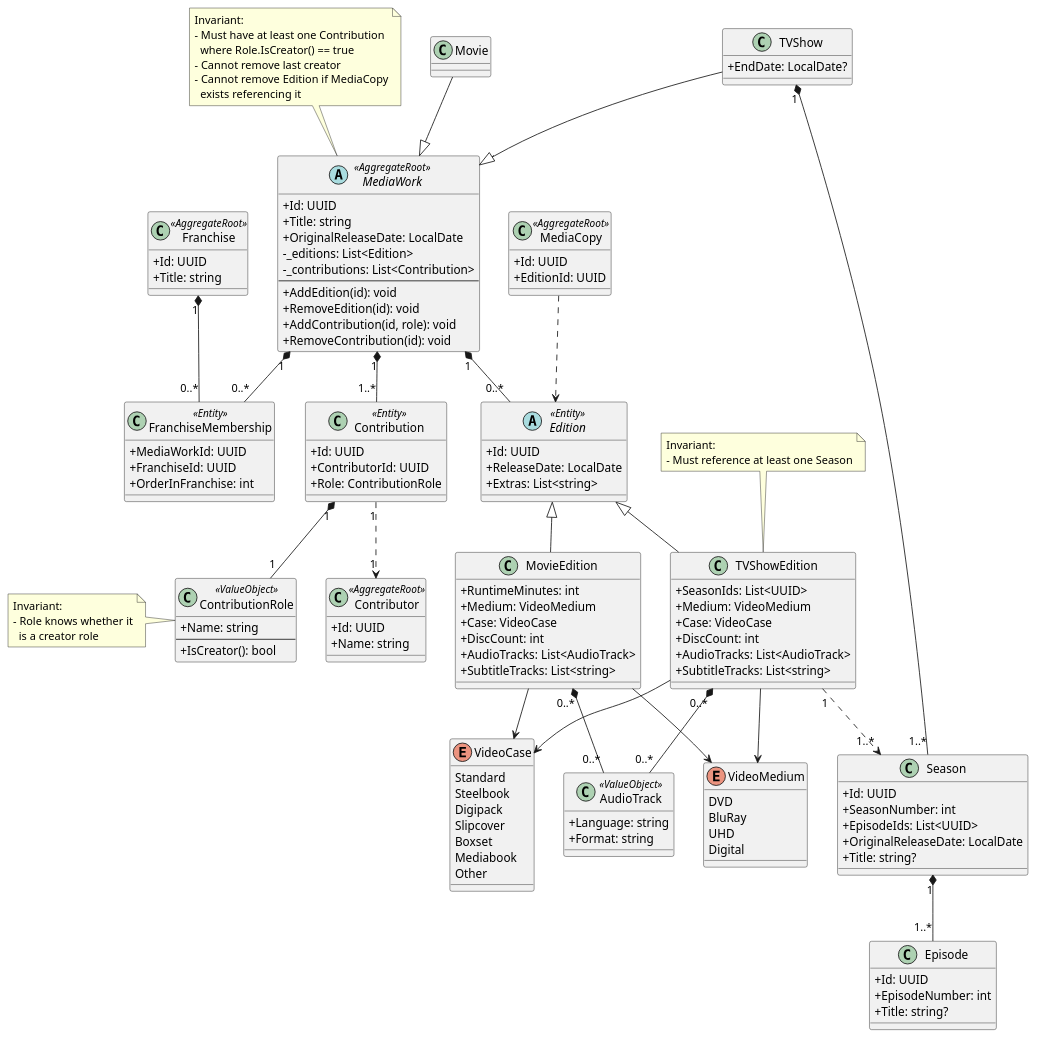
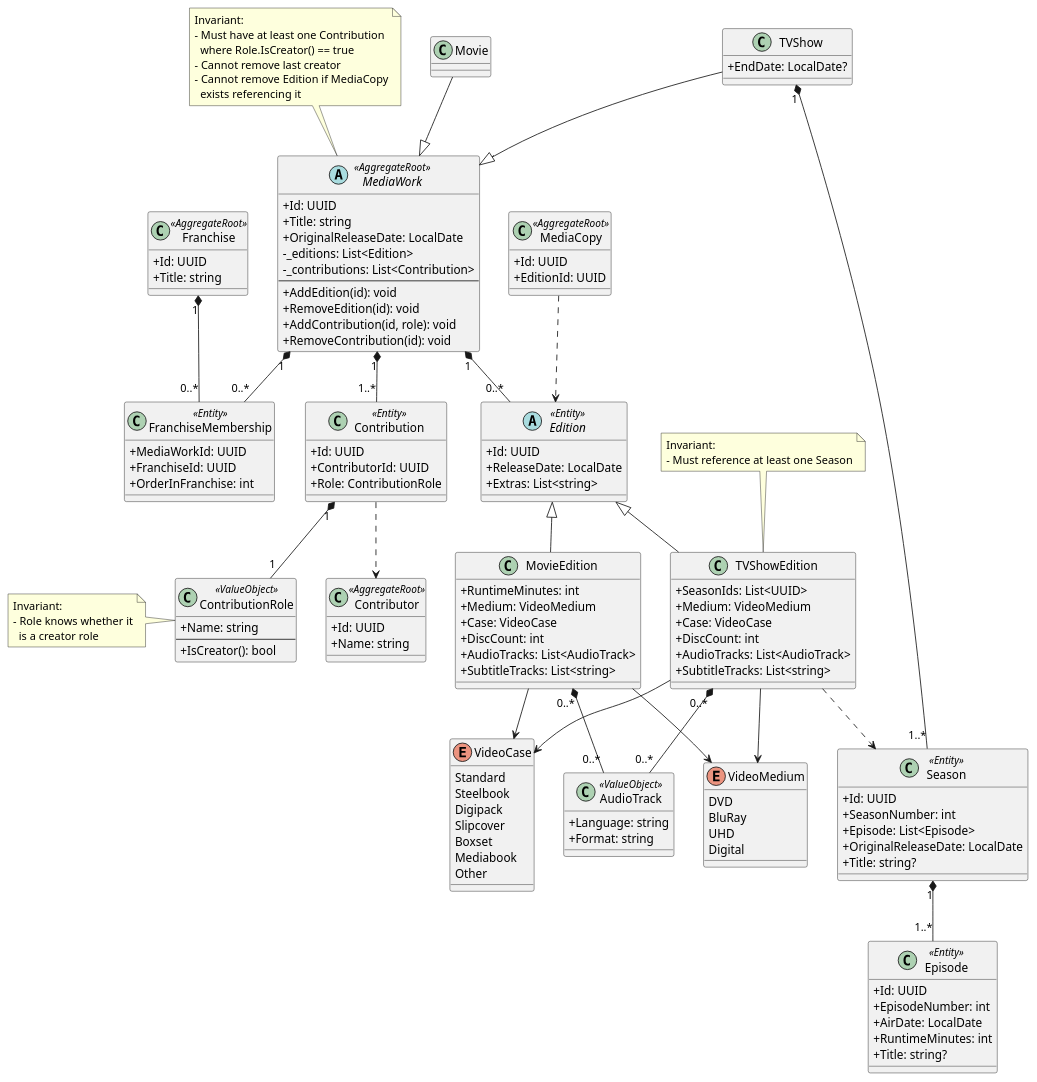
One commit to yantue/colleq changed the diagram in docs/uml/domain-work.puml. Above: the diagram before and after it, drawn with PlantUML.

Commit message:
docs: Update stereotypes and fix season/episode relations

```diff
--- a/docs/uml/domain-work.puml
+++ b/docs/uml/domain-work.puml
@@ -1,166 +1,167 @@
 @startuml
 skinparam classAttributeIconSize 0
 
 class Franchise <<AggregateRoot>> {
     +Id: UUID
     +Title: string
 }
 
 class FranchiseMembership <<Entity>> {
     +MediaWorkId: UUID
     +FranchiseId: UUID
     +OrderInFranchise: int
 }
 
 abstract class MediaWork <<AggregateRoot>> {
     +Id: UUID
     +Title: string
     +OriginalReleaseDate: LocalDate
     -_editions: List<Edition>
     -_contributions: List<Contribution>
     --
     +AddEdition(id): void
     +RemoveEdition(id): void
     +AddContribution(id, role): void
     +RemoveContribution(id): void
 }
 
 class Movie
 class TVShow {
     +EndDate: LocalDate?
 }
 
 abstract class Edition <<Entity>> {
     +Id: UUID
     +ReleaseDate: LocalDate
     +Extras: List<string>
 }
 
 class MovieEdition {
     +RuntimeMinutes: int
     +Medium: VideoMedium
     +Case: VideoCase
     +DiscCount: int
     +AudioTracks: List<AudioTrack>
     +SubtitleTracks: List<string>
 }
 
-class Season {
+class Episode <<Entity>> {
     +Id: UUID
-    +SeasonNumber: int
-    +EpisodeIds: List<UUID>
-    +OriginalReleaseDate: LocalDate
+    +EpisodeNumber: int
+    +AirDate: LocalDate
+    +RuntimeMinutes: int
     +Title: string?
 }
 
-class Episode {
+class Season <<Entity>> {
     +Id: UUID
-    +EpisodeNumber: int
+    +SeasonNumber: int
+    +Episode: List<Episode>
+    +OriginalReleaseDate: LocalDate
     +Title: string?
 }
 
 Season "1" *-- "1..*" Episode
 
 class TVShowEdition {
     +SeasonIds: List<UUID>
     +Medium: VideoMedium
     +Case: VideoCase
     +DiscCount: int
     +AudioTracks: List<AudioTrack>
     +SubtitleTracks: List<string>
 }
 
 enum VideoMedium {
     DVD
     BluRay
     UHD
     Digital
 }
 
 enum VideoCase {
     Standard
     Steelbook
     Digipack
     Slipcover
     Boxset
     Mediabook
     Other
 }
 
 class AudioTrack <<ValueObject>> {
     +Language: string
     +Format: string
 }
 
 Franchise "1" *-- "0..*" FranchiseMembership
 
 MediaWork "1" *-- "0..*" FranchiseMembership
 MediaWork "1" *-- "0..*" Edition
 
 Movie --|> MediaWork
 TVShow --|> MediaWork
 
 Edition <|-- MovieEdition
 Edition <|-- TVShowEdition
 
 MovieEdition "0..*" *-- "0..*" AudioTrack
 MovieEdition --> VideoMedium
 MovieEdition --> VideoCase
 
 TVShow "1" *-- "1..*" Season
 
-TVShowEdition "1" ..> "1..*" Season
+TVShowEdition ..> Season
 TVShowEdition "0..*" *-- "0..*" AudioTrack
 TVShowEdition --> VideoMedium
 TVShowEdition --> VideoCase
 
 class Contributor <<AggregateRoot>> {
     +Id: UUID
     +Name: string
 }
 
 class ContributionRole <<ValueObject>> {
     +Name: string
     --
     +IsCreator(): bool
 }
 
 note left of ContributionRole
 Invariant:
 - Role knows whether it
   is a creator role
 end note
 
 class Contribution <<Entity>> {
     +Id: UUID
     +ContributorId: UUID
     +Role: ContributionRole
 }
 
 MediaWork "1" *-- "1..*" Contribution
 Contribution "1" *-- "1" ContributionRole
-Contribution "1" ..> "1" Contributor
+Contribution ..> Contributor
 
 note top of MediaWork
 Invariant:
 - Must have at least one Contribution
   where Role.IsCreator() == true
 - Cannot remove last creator
 - Cannot remove Edition if MediaCopy
   exists referencing it
 end note
 
-' TODO: is implied by relation, remove if relation is correct
 note top of TVShowEdition
 Invariant:
 - Must reference at least one Season
 end note
 
 class MediaCopy <<AggregateRoot>> {
     +Id: UUID
     +EditionId: UUID
 }
 
 MediaCopy ..> Edition
 
 @enduml
```
